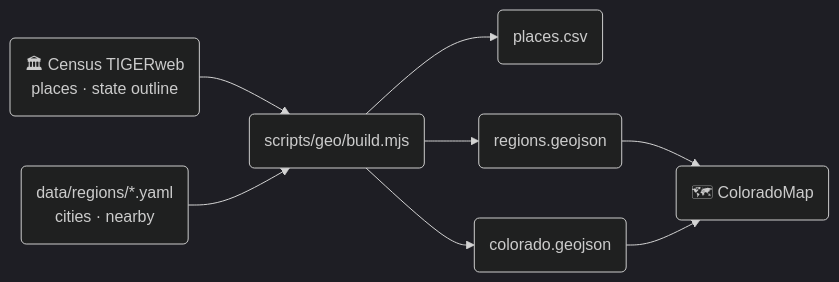
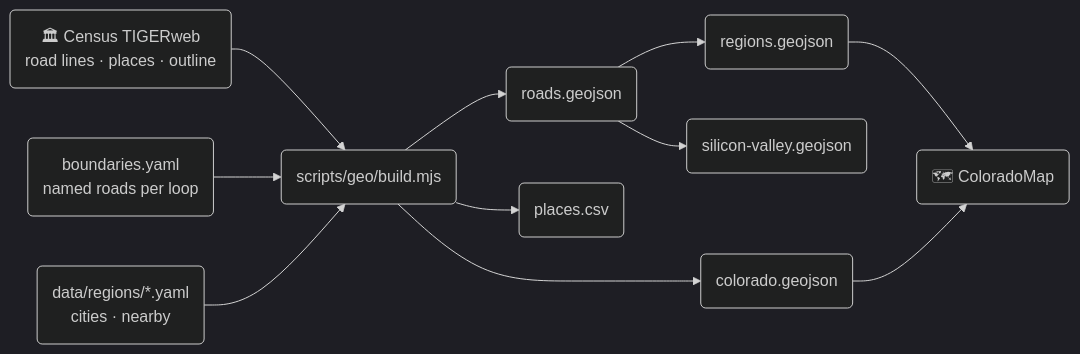
One commit to Colorado-Startups/coloradostartups.org changed the diagram in data/geo/README.md. Above: the diagram before and after it, drawn with Mermaid (dark theme). The commit also changed other lines of this file and 21 other files, not shown here.

First line of the commit message:
Regions: each zone is a loop of named roads, about Silicon Valley's size

````diff
--- a/data/geo/README.md
+++ b/data/geo/README.md
@@ -5,8 +5,10 @@
 ```mermaid
 flowchart LR
-  T("🏛 Census TIGERweb<br/>places · state outline") --> B("scripts/geo/build.mjs")
-  Y("data/regions/*.yaml<br/>cities · nearby") --> B
-  B --> P("places.csv") & C("colorado.geojson") & R("regions.geojson")
+  T("🏛 Census TIGERweb<br/>road lines · places · outline") --> B("scripts/geo/build.mjs")
+  Y("boundaries.yaml<br/>named roads per loop") --> B
+  G("data/regions/*.yaml<br/>cities · nearby") --> B
+  B --> L("roads.geojson") --> R("regions.geojson") & S("silicon-valley.geojson")
+  B --> P("places.csv") & C("colorado.geojson")
   R --> M("🗺 ColoradoMap")
   C --> M
 ```
````
